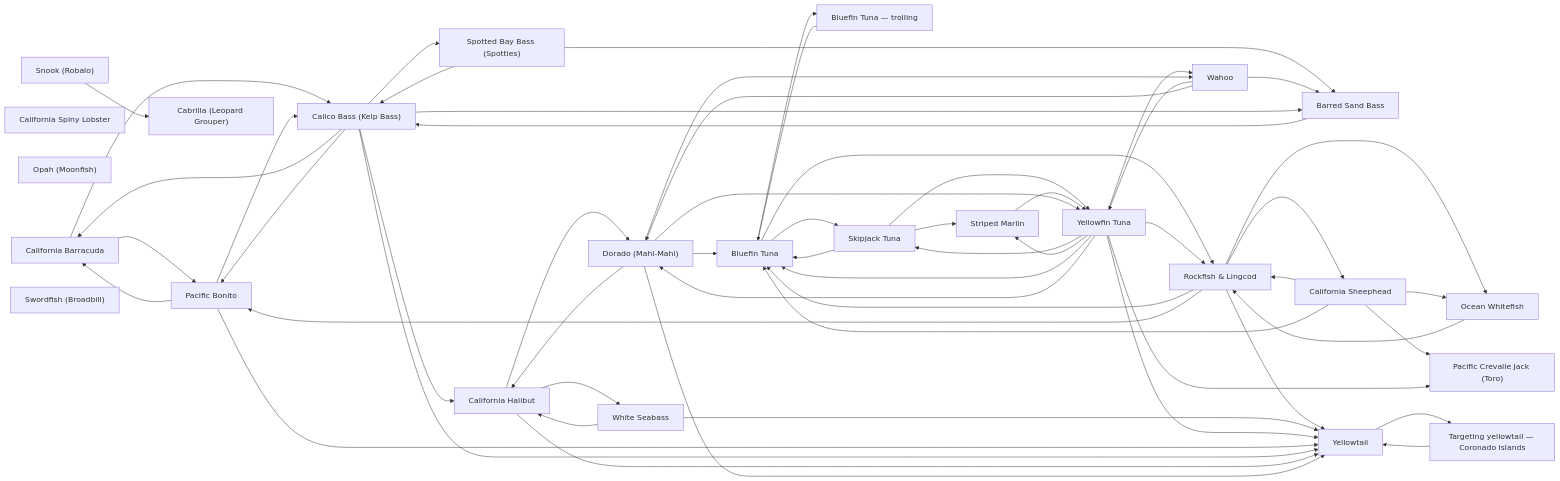
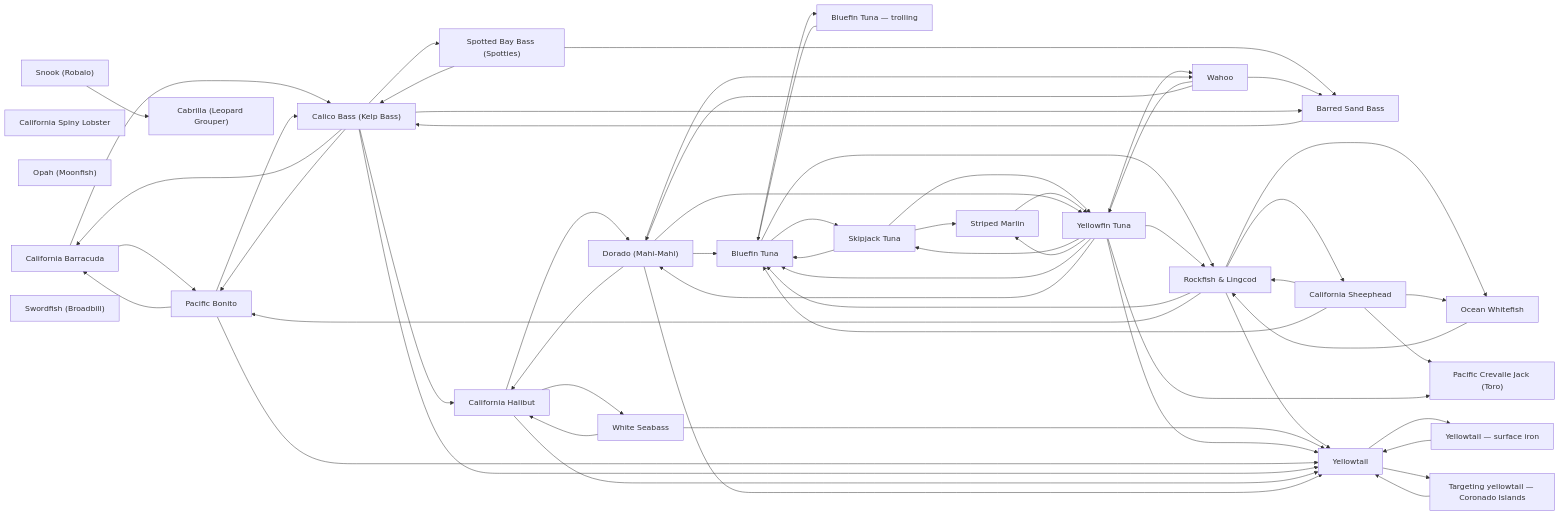
Before and after one commit to camchuckpete-max/Socal-Fishing-Knowledge: the diagram in species/README.md, drawn with Mermaid. The commit also changed other lines of this file and 13 other files, not shown here.

First line of the commit message:
Exemplar 2: species/yellowtail-surface-iron.md spun out

````diff
--- a/species/README.md
+++ b/species/README.md
@@ -64,13 +65,14 @@
   n21["White Seabass"]
   n22["Yellowfin Tuna"]
   n23["Targeting yellowtail — Coronado Islands"]
-  n24["Yellowtail"]
+  n24["Yellowtail — surface iron"]
+  n25["Yellowtail"]
   n0 --> n3
   n0 --> n5
   n1 --> n2
   n12 --> n14
   n12 --> n2
-  n12 --> n24
+  n12 --> n25
   n12 --> n3
   n12 --> n9
   n13 --> n5
@@ -91,7 +93,7 @@
   n20 --> n13
   n20 --> n22
   n20 --> n8
-  n21 --> n24
+  n21 --> n25
   n21 --> n6
   n22 --> n11
   n22 --> n12
@@ -99,26 +101,28 @@
   n22 --> n18
   n22 --> n2
   n22 --> n20
-  n22 --> n24
+  n22 --> n25
   n22 --> n8
-  n23 --> n24
-  n24 --> n23
+  n23 --> n25
+  n24 --> n25
+  n25 --> n23
+  n25 --> n24
   n3 --> n0
-  n3 --> n24
+  n3 --> n25
   n3 --> n5
   n5 --> n0
   n5 --> n13
   n5 --> n17
-  n5 --> n24
+  n5 --> n25
   n5 --> n3
   n5 --> n6
   n6 --> n21
-  n6 --> n24
+  n6 --> n25
   n6 --> n8
   n8 --> n2
   n8 --> n20
   n8 --> n22
-  n8 --> n24
+  n8 --> n25
   n8 --> n6
   n9 --> n12
 ```
````
